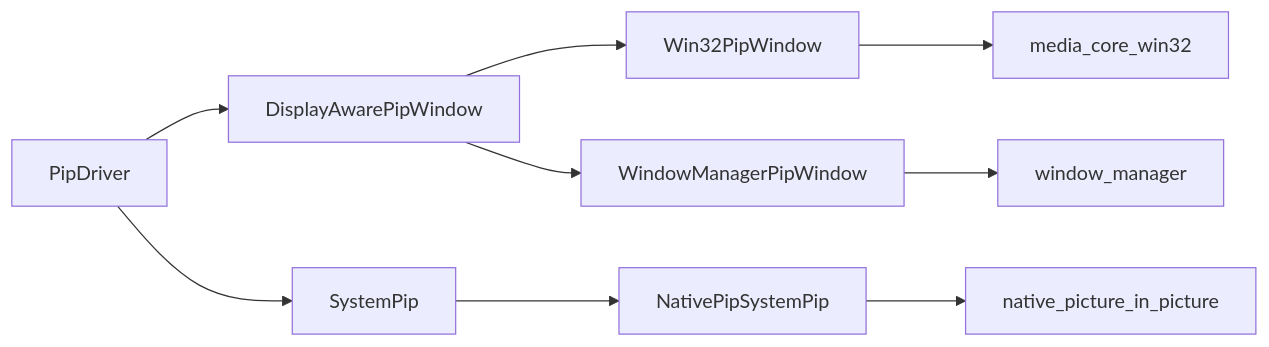
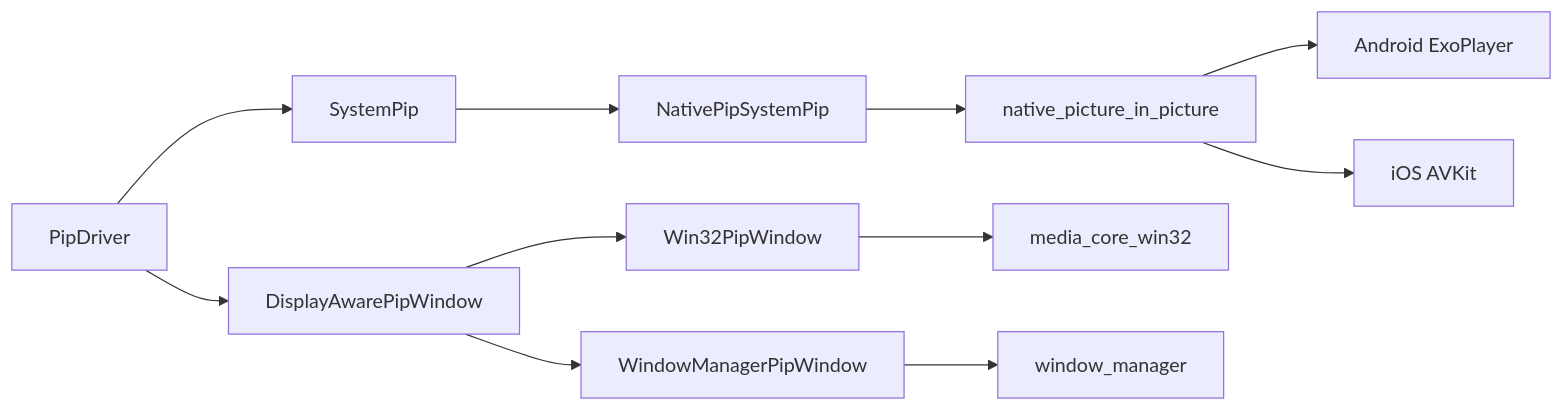
Before and after one commit to SSSherlocked/media_core: the seventh of 7 diagrams in .qoder/repowiki/zh/content/系统集成/桌面特性支持/画中画模式.md, drawn with Mermaid. The commit also changed other lines of this file and 6 other files, not shown here.

````diff
--- a/.qoder/repowiki/zh/content/系统集成/桌面特性支持/画中画模式.md
+++ b/.qoder/repowiki/zh/content/系统集成/桌面特性支持/画中画模式.md
@@ -348,11 +363,13 @@
 ```mermaid
 graph LR
 PipDriver --> DisplayAwarePipWindow
 DisplayAwarePipWindow --> Win32PipWindow
 DisplayAwarePipWindow --> WindowManagerPipWindow
 PipDriver --> SystemPip
 SystemPip --> NativePipSystemPip
 NativePipSystemPip --> NativePIP["native_picture_in_picture"]
+NativePIP --> ExoPlayer["Android ExoPlayer"]
+NativePIP --> AVKit["iOS AVKit"]
 Win32PipWindow --> Win32FFI["media_core_win32"]
 WindowManagerPipWindow --> WM["window_manager"]
 ```
````
